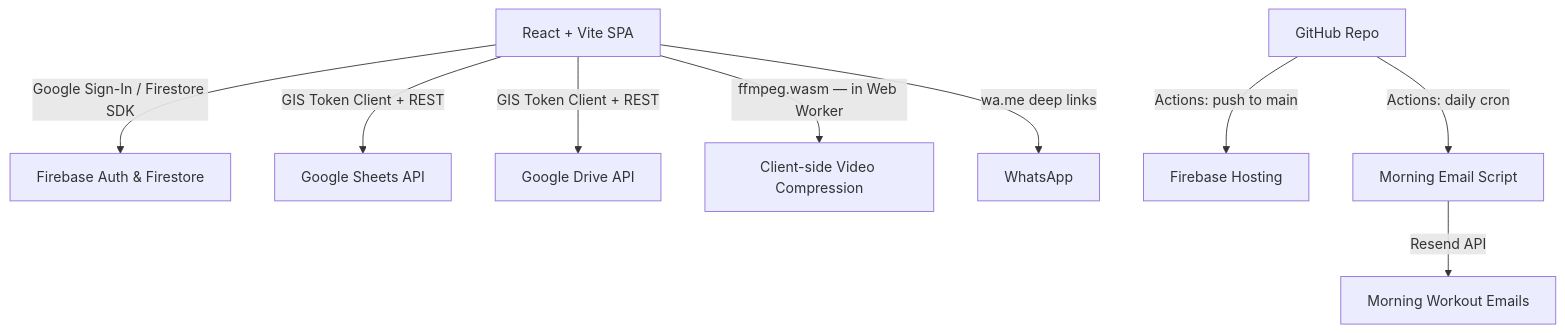
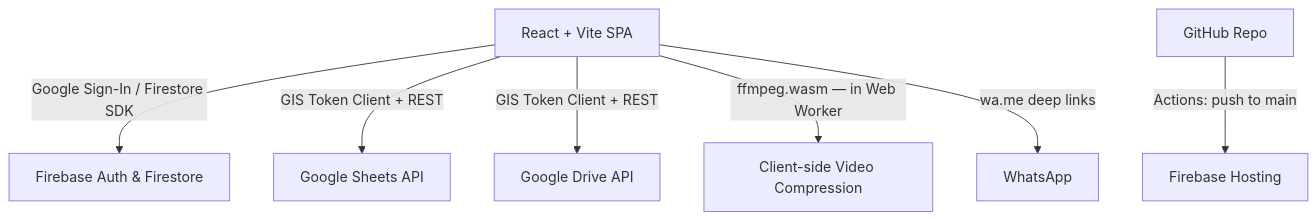
One commit to themindfuldev/consultoria changed the diagram in docs/design_doc.md. Above: the diagram before and after it, drawn with Mermaid. The commit also changed other lines of this file, not shown here.

````diff
--- a/docs/design_doc.md
+++ b/docs/design_doc.md
@@ -24,11 +25,9 @@
 ```mermaid
 graph TD
     Client[React + Vite SPA] -->|Google Sign-In / Firestore SDK| Firebase[Firebase Auth & Firestore]
     Client -->|GIS Token Client + REST| SheetsAPI[Google Sheets API]
     Client -->|GIS Token Client + REST| DriveAPI[Google Drive API]
     Client -->|ffmpeg.wasm — in Web Worker| VideoCompression[Client-side Video Compression]
     Client -->|wa.me deep links| WhatsApp[WhatsApp]
     GitHub[GitHub Repo] -->|Actions: push to main| FirebaseHosting[Firebase Hosting]
-    GitHub -->|Actions: daily cron| EmailCron[Morning Email Script]
-    EmailCron -->|Resend API| Email[Morning Workout Emails]
 ```
````
